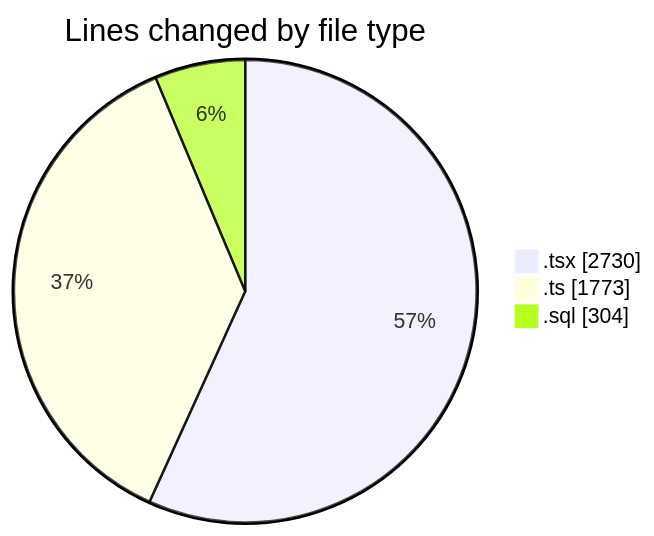
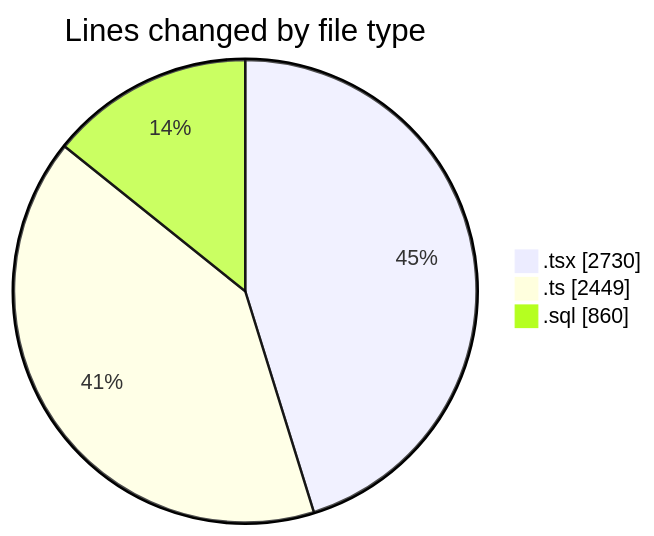
Before and after one commit to lephambinh05/code-tracking: the first of 2 diagrams in 2025-09-05/hiai-phf/README.md, drawn with Mermaid. The commit also changed other lines of this file and 1 other file, not shown here.

````diff
--- a/2025-09-05/hiai-phf/README.md
+++ b/2025-09-05/hiai-phf/README.md
@@ -63,7 +67,7 @@
 ```mermaid
 pie showData
 title Lines changed by file type
 ".tsx" : 2730
-".ts" : 1773
-".sql" : 304
+".ts" : 2449
+".sql" : 860
 ```
````
